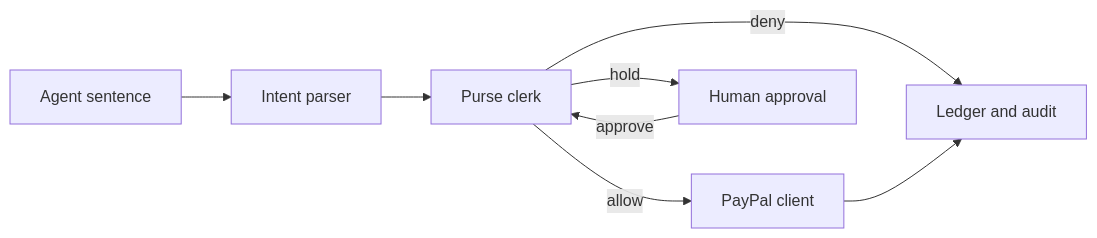
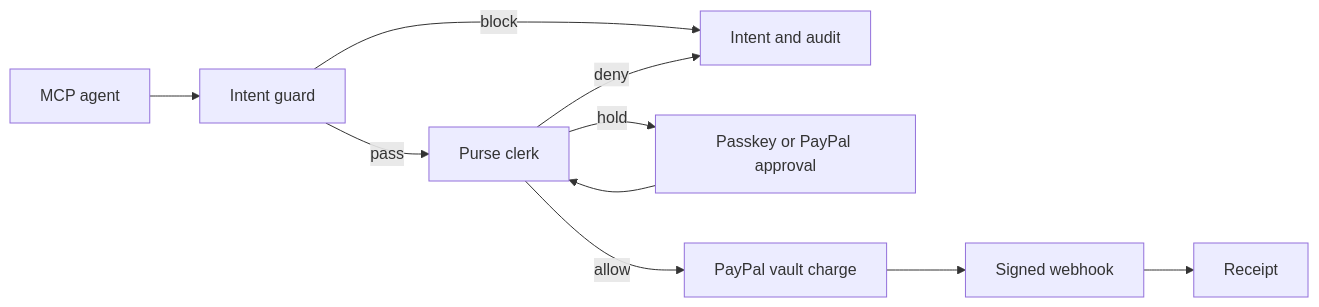
Before and after one commit to maaz-bin-hassan/agentpurse: the diagram in docs/ARCHITECTURE.md, drawn with Mermaid. The commit also changed other lines of this file and 86 other files, not shown here.

First line of the commit message:
AgentPurse: vaulted PayPal charges, per-agent purses, and MCP (#2)

````diff
--- a/docs/ARCHITECTURE.md
+++ b/docs/ARCHITECTURE.md
@@ -5,10 +7,12 @@
 ```mermaid
 flowchart LR
-  Agent[Agent sentence] --> Parser[Intent parser]
-  Parser --> Clerk[Purse clerk]
-  Clerk -->|allow| PayPal[PayPal client]
-  Clerk -->|hold| Human[Human approval]
-  Human -->|approve| Clerk
-  Clerk -->|deny| Ledger[Ledger and audit]
-  PayPal --> Ledger
+  Agent[MCP agent] --> Guard[Intent guard]
+  Guard -->|block| Ledger[Intent and audit]
+  Guard -->|pass| Clerk[Purse clerk]
+  Clerk -->|deny| Ledger
+  Clerk -->|hold| Human[Passkey or PayPal approval]
+  Human --> Clerk
+  Clerk -->|allow| Vault[PayPal vault charge]
+  Vault --> Webhook[Signed webhook]
+  Webhook --> Receipt[Receipt]
 ```
````
